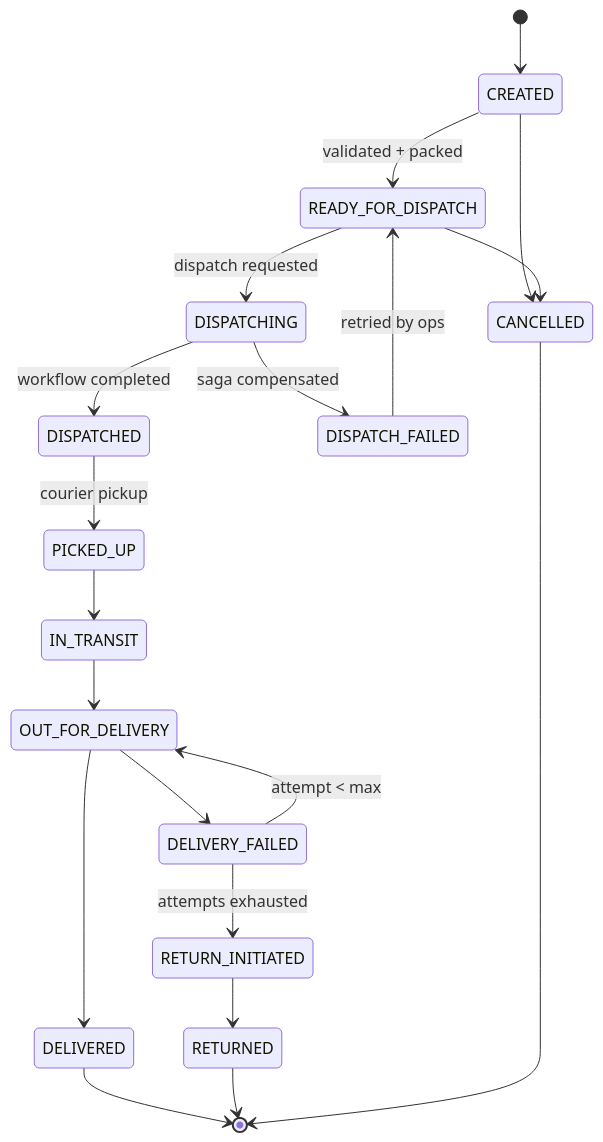
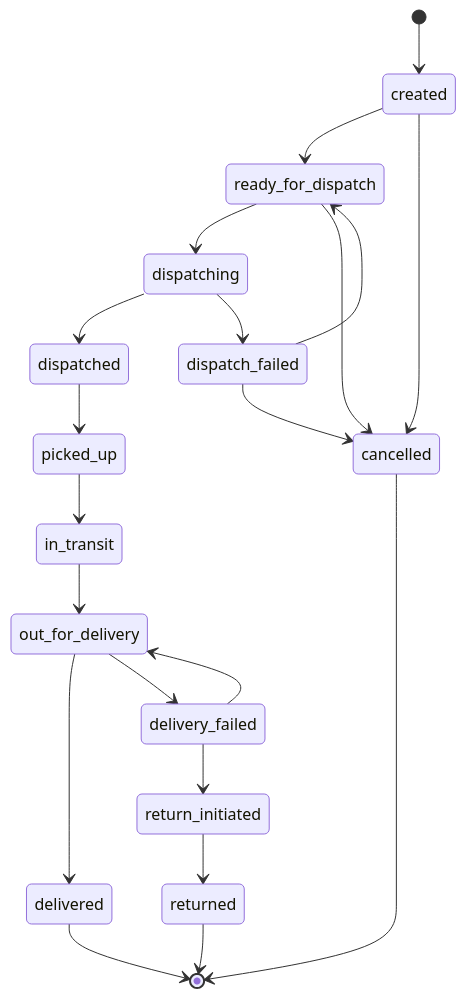
One commit to Abdullah18x/smart_logistics changed the second of 4 diagrams in docs/ARCHITECTURE.md. Above: the diagram before and after it, drawn with Mermaid. The commit also changed other lines of this file and 36 other files, not shown here.

````diff
--- a/docs/ARCHITECTURE.md
+++ b/docs/ARCHITECTURE.md
@@ -311,22 +234,23 @@
 ```mermaid
 stateDiagram-v2
-    [*] --> CREATED
-    CREATED --> READY_FOR_DISPATCH : validated + packed
-    CREATED --> CANCELLED
-    READY_FOR_DISPATCH --> DISPATCHING : dispatch requested
-    READY_FOR_DISPATCH --> CANCELLED
-    DISPATCHING --> DISPATCHED : workflow completed
-    DISPATCHING --> DISPATCH_FAILED : saga compensated
-    DISPATCH_FAILED --> READY_FOR_DISPATCH : retried by ops
-    DISPATCHED --> PICKED_UP : courier pickup
-    PICKED_UP --> IN_TRANSIT
-    IN_TRANSIT --> OUT_FOR_DELIVERY
-    OUT_FOR_DELIVERY --> DELIVERED
-    OUT_FOR_DELIVERY --> DELIVERY_FAILED
-    DELIVERY_FAILED --> OUT_FOR_DELIVERY : attempt < max
-    DELIVERY_FAILED --> RETURN_INITIATED : attempts exhausted
-    RETURN_INITIATED --> RETURNED
-    DELIVERED --> [*]
-    RETURNED --> [*]
-    CANCELLED --> [*]
+    [*] --> created
+    created --> ready_for_dispatch
+    created --> cancelled
+    ready_for_dispatch --> dispatching
+    ready_for_dispatch --> cancelled
+    dispatching --> dispatched
+    dispatching --> dispatch_failed
+    dispatch_failed --> ready_for_dispatch
+    dispatch_failed --> cancelled
+    dispatched --> picked_up
+    picked_up --> in_transit
+    in_transit --> out_for_delivery
+    out_for_delivery --> delivered
+    out_for_delivery --> delivery_failed
+    delivery_failed --> out_for_delivery
+    delivery_failed --> return_initiated
+    return_initiated --> returned
+    delivered --> [*]
+    returned --> [*]
+    cancelled --> [*]
 ```
````
